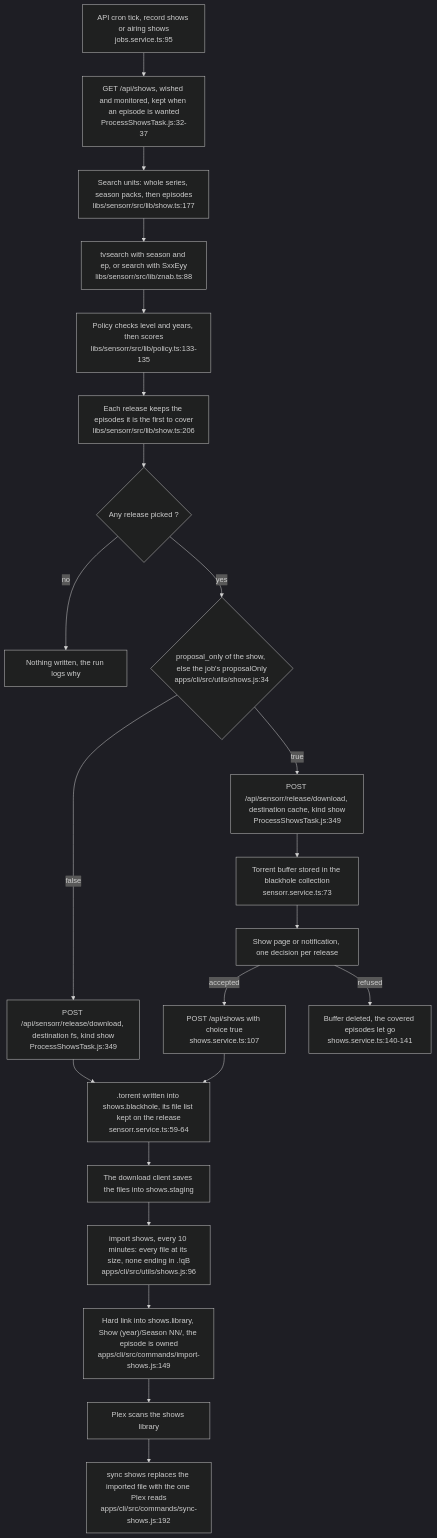
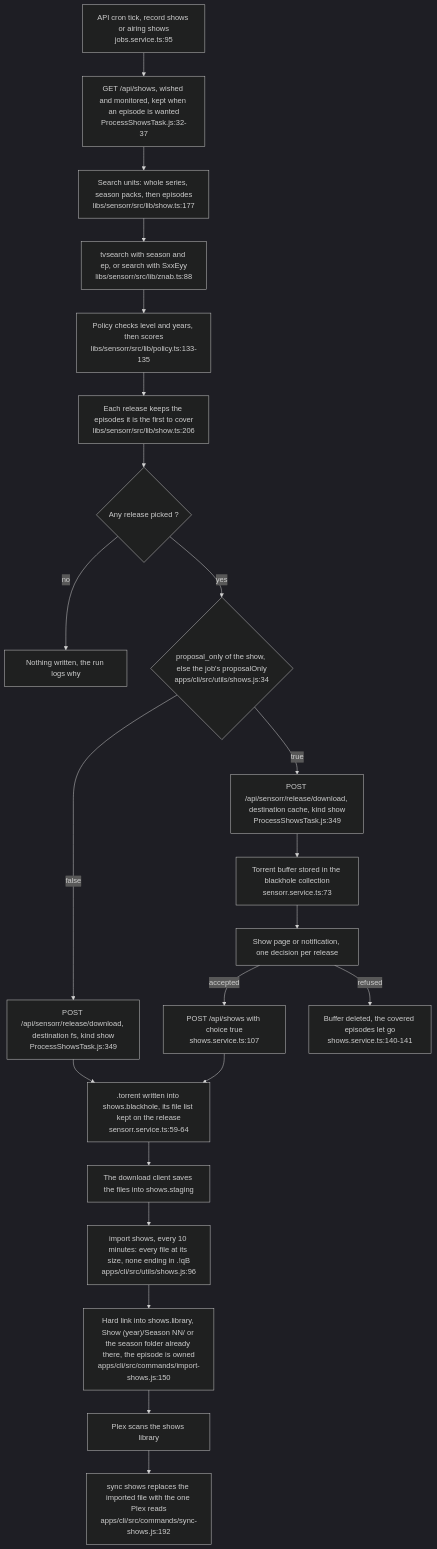
One commit to thcolin/sensorr changed the second of 2 diagrams in docs/architecture.md. Above: the diagram before and after it, drawn with Mermaid (dark theme). The commit also changed other lines of this file and 4 other files, not shown here.

First line of the commit message:
fix(tvshows): link into the season folder the show already has

````diff
--- a/docs/architecture.md
+++ b/docs/architecture.md
@@ -144,31 +144,31 @@
 ```mermaid
 flowchart TD
   cron["API cron tick, record shows or airing shows<br/>jobs.service.ts:95"] --> fetch
   fetch["GET /api/shows, wished and monitored, kept when an episode is wanted<br/>ProcessShowsTask.js:32-37"] --> units
   units["Search units: whole series, season packs, then episodes<br/>libs/sensorr/src/lib/show.ts:177"] --> search
   search["tvsearch with season and ep, or search with SxxEyy<br/>libs/sensorr/src/lib/znab.ts:88"] --> policy
   policy["Policy checks level and years, then scores<br/>libs/sensorr/src/lib/policy.ts:133-135"] --> pick
   pick["Each release keeps the episodes it is the first to cover<br/>libs/sensorr/src/lib/show.ts:206"] --> picked
 
   picked{"Any release picked ?"}
   picked -->|no| stop["Nothing written, the run logs why"]
   picked -->|yes| branch
 
   branch{"proposal_only of the show, else the job's proposalOnly<br/>apps/cli/src/utils/shows.js:34"}
   branch -->|false| dlfs["POST /api/sensorr/release/download, destination fs, kind show<br/>ProcessShowsTask.js:349"]
   branch -->|true| dlcache["POST /api/sensorr/release/download, destination cache, kind show<br/>ProcessShowsTask.js:349"]
 
   dlfs --> blackhole[".torrent written into shows.blackhole, its file list kept on the release<br/>sensorr.service.ts:59-64"]
   dlcache --> cached["Torrent buffer stored in the blackhole collection<br/>sensorr.service.ts:73"]
 
   cached --> review["Show page or notification, one decision per release"]
   review -->|accepted| accept["POST /api/shows with choice true<br/>shows.service.ts:107"]
   review -->|refused| refuse["Buffer deleted, the covered episodes let go<br/>shows.service.ts:140-141"]
   accept --> blackhole
 
   blackhole --> client["The download client saves the files into shows.staging"]
   client --> import["import shows, every 10 minutes: every file at its size, none ending in .!qB<br/>apps/cli/src/utils/shows.js:96"]
-  import --> link["Hard link into shows.library, Show (year)/Season NN/, the episode is owned<br/>apps/cli/src/commands/import-shows.js:149"]
+  import --> link["Hard link into shows.library, Show (year)/Season NN/ or the season folder already there, the episode is owned<br/>apps/cli/src/commands/import-shows.js:150"]
   link --> plex["Plex scans the shows library"]
   plex --> sync["sync shows replaces the imported file with the one Plex reads<br/>apps/cli/src/commands/sync-shows.js:192"]
 ```
````
